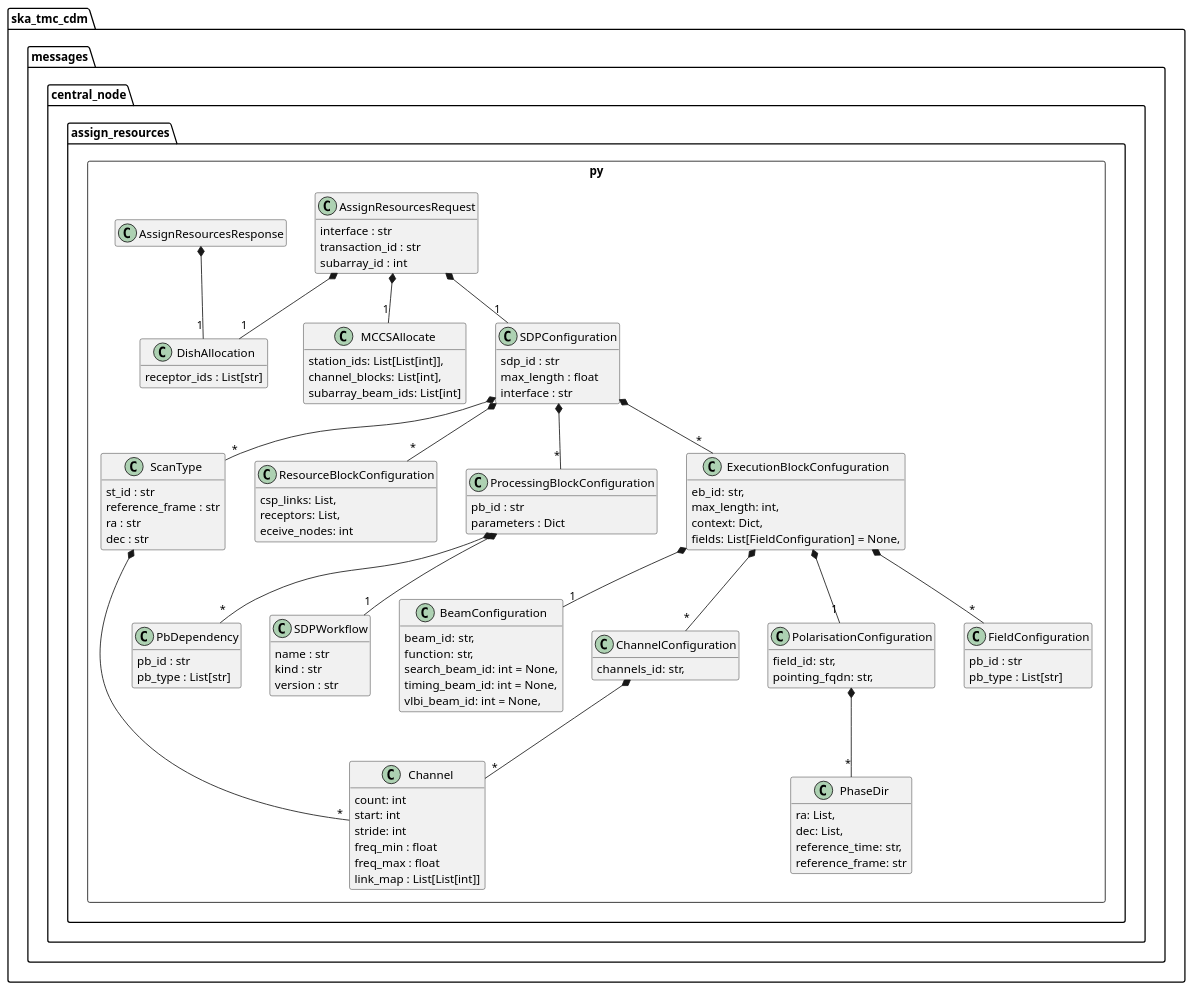
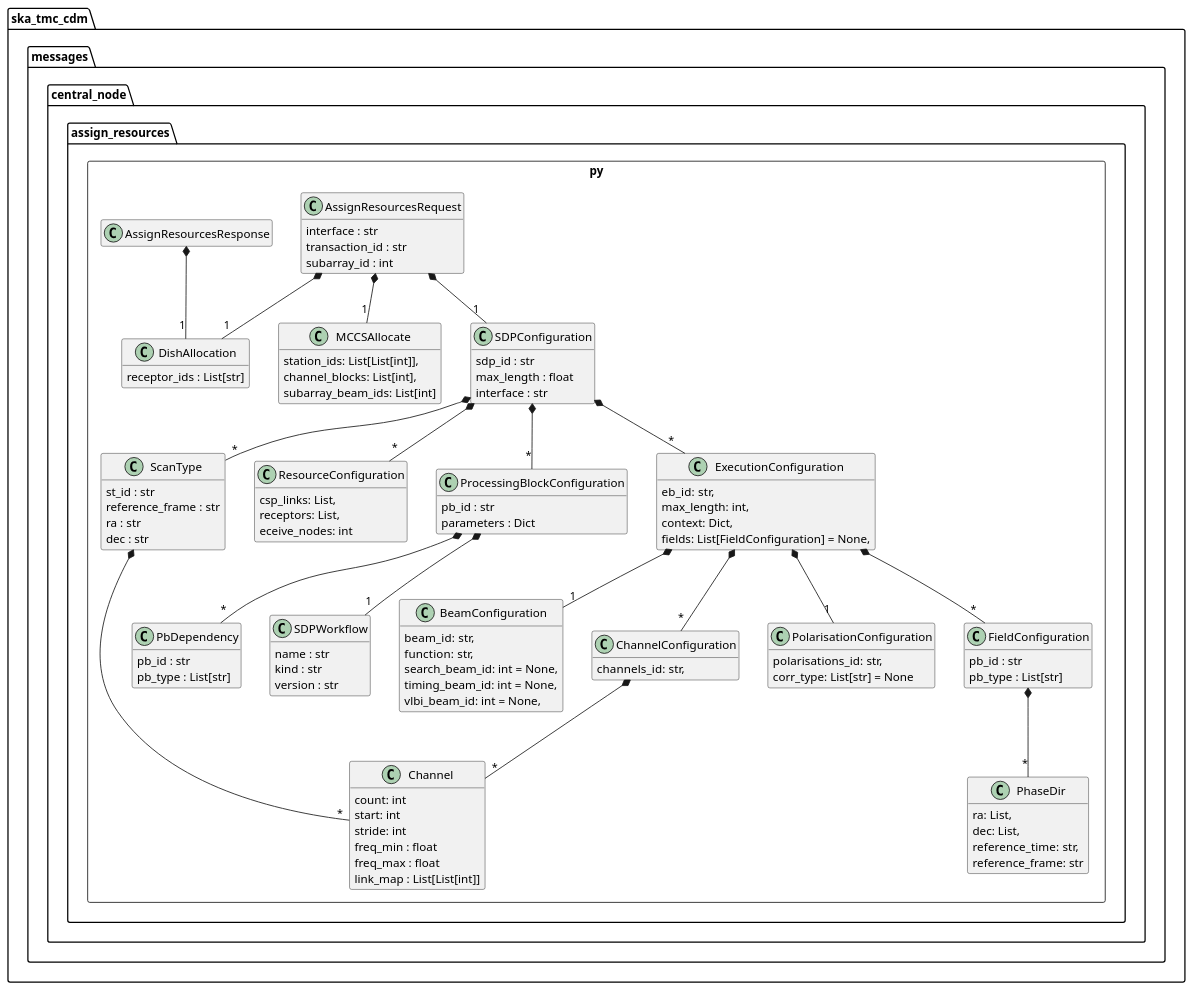
One commit to ska-telescope/cdm-shared-library changed the diagram in docs/src/developer/centralnode/assignresources.puml. Above: the diagram before and after it, drawn with PlantUML. The commit also changed 6 other files, not shown here.

```diff
--- a/docs/src/developer/centralnode/assignresources.puml
+++ b/docs/src/developer/centralnode/assignresources.puml
@@ -1,117 +1,120 @@
 @startuml
 hide empty members
 
 package ska_tmc_cdm.messages.central_node {
     package assign_resources.py <<Rectangle>> {
         class DishAllocation {
             receptor_ids : List[str]
         }
 
         class MCCSAllocate {
             station_ids: List[List[int]],
             channel_blocks: List[int],
             subarray_beam_ids: List[int]
         }
 
         class Channel {
             count: int
             start: int
             stride: int
             freq_min : float
             freq_max : float
             link_map : List[List[int]]
         }
 
         class ScanType {
             st_id : str
             reference_frame : str
             ra : str
             dec : str
         }
         ScanType *-- "*" Channel
 
         class PbDependency {
             pb_id : str
             pb_type : List[str]
         }
-         class ResourceBlockConfiguration {
+         class ResourceConfiguration {
             csp_links: List, 
             receptors: List,
             eceive_nodes: int
         }
         class PhaseDir {
             ra: List,
             dec: List, 
             reference_time: str, 
             reference_frame: str
         }
         class BeamConfiguration {
             beam_id: str,
             function: str,
             search_beam_id: int = None,
             timing_beam_id: int = None,
             vlbi_beam_id: int = None,
         }
         class ChannelConfiguration {
             channels_id: str, 
         }
         ChannelConfiguration  *-- "*" Channel
         class PolarisationConfiguration {
-            field_id: str, 
-            pointing_fqdn: str, 
+            polarisations_id: str,
+            corr_type: List[str] = None  
         }
-        PolarisationConfiguration  *-- "*" PhaseDir
+
         class FieldConfiguration {
             pb_id : str
             pb_type : List[str]
         }
+
+        FieldConfiguration  *-- "*" PhaseDir
+
         class SDPWorkflow {
             name : str
             kind : str
             version : str
         }
 
         class ProcessingBlockConfiguration {
             pb_id : str
             parameters : Dict
         }
         ProcessingBlockConfiguration  *-- "1" SDPWorkflow
         ProcessingBlockConfiguration  *-- "*" PbDependency
 
-        class ExecutionBlockConfuguration {
+        class ExecutionConfiguration {
             eb_id: str,
             max_length: int,
             context: Dict,
             fields: List[FieldConfiguration] = None,
         }
-        ExecutionBlockConfuguration  *-- "1" BeamConfiguration
-        ExecutionBlockConfuguration  *-- "*" ChannelConfiguration
-        ExecutionBlockConfuguration  *-- "1" PolarisationConfiguration
-        ExecutionBlockConfuguration  *-- "*" FieldConfiguration
+        ExecutionConfiguration  *-- "1" BeamConfiguration
+        ExecutionConfiguration  *-- "*" ChannelConfiguration
+        ExecutionConfiguration  *-- "1" PolarisationConfiguration
+        ExecutionConfiguration  *-- "*" FieldConfiguration
 
         class SDPConfiguration {
             sdp_id : str
             max_length : float
             interface : str
         }
         SDPConfiguration *-- "*" ScanType
         SDPConfiguration *-- "*" ProcessingBlockConfiguration
-        SDPConfiguration *-- "*" ExecutionBlockConfuguration
-        SDPConfiguration *-- "*" ResourceBlockConfiguration
+        SDPConfiguration *-- "*" ExecutionConfiguration
+        SDPConfiguration *-- "*" ResourceConfiguration
 
         class AssignResourcesRequest {
             interface : str
             transaction_id : str
             subarray_id : int
         }
 
         AssignResourcesRequest *-- "1" DishAllocation
         AssignResourcesRequest *-- "1" MCCSAllocate
         AssignResourcesRequest *-- "1" SDPConfiguration
 
         class AssignResourcesResponse
         AssignResourcesResponse *-- "1" DishAllocation
 	}
 }
 
 @enduml
```
